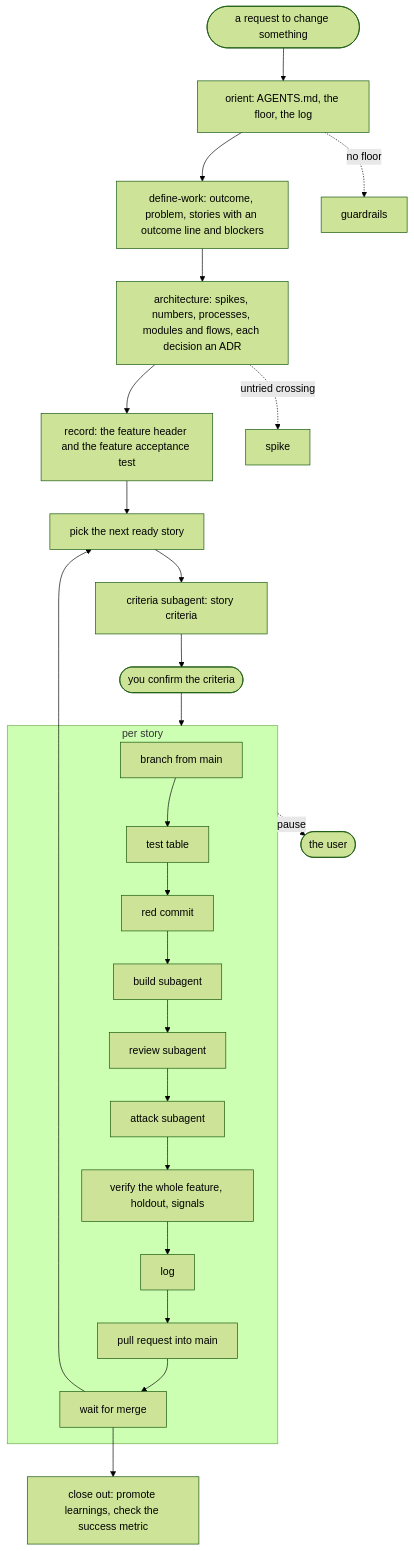
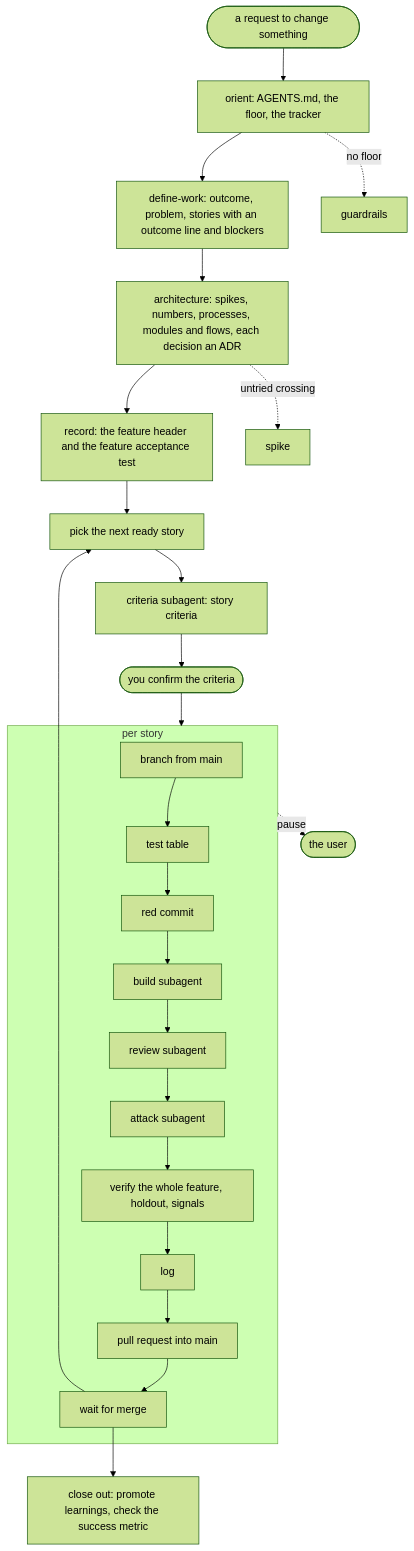
Before and after one commit to DaveBben/skills: the diagram in plugins/SDLC/README.md, drawn with Mermaid (forest theme). The commit also changed other lines of this file and 30 other files, not shown here.

First line of the commit message:
SDLC 8.1.0: tracker required, discovery, architecture capture

````diff
--- a/plugins/SDLC/README.md
+++ b/plugins/SDLC/README.md
@@ -42,22 +42,22 @@
 ```mermaid
 flowchart TD
-    REQ([a request to change something]) --> OR[orient: AGENTS.md, the floor, the log]
+    REQ([a request to change something]) --> OR[orient: AGENTS.md, the floor, the tracker]
     OR --> FR[define-work: outcome, problem, stories with an outcome line and blockers]
     FR --> ARC[architecture: spikes, numbers, processes, modules and flows, each decision an ADR]
     ARC --> REC[record: the feature header and the feature acceptance test]
     REC --> NX[pick the next ready story]
     NX --> CR[criteria subagent: story criteria]
     CR --> OK([you confirm the criteria])
     OK --> SL
 
     subgraph SL [per story]
       BR[branch from main] --> TT[test table] --> RED[red commit] --> BLD[build subagent] --> REV[review subagent] --> ATK[attack subagent] --> VER[verify the whole feature, holdout, signals] --> LOG[log] --> PR[pull request into main] --> MRG[wait for merge]
     end
 
     MRG --> NX
     MRG --> OUT[close out: promote learnings, check the success metric]
 
     SL -. pause .-> USER([the user])
     ARC -. untried crossing .-> SPIKE[spike]
     OR -. no floor .-> HARN[guardrails]
 ```
````
